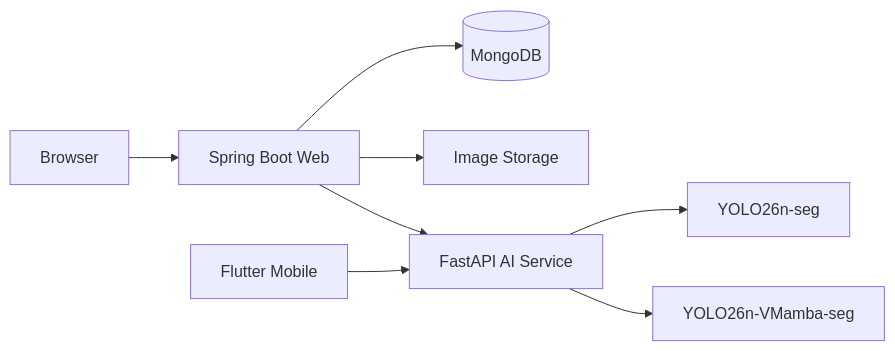
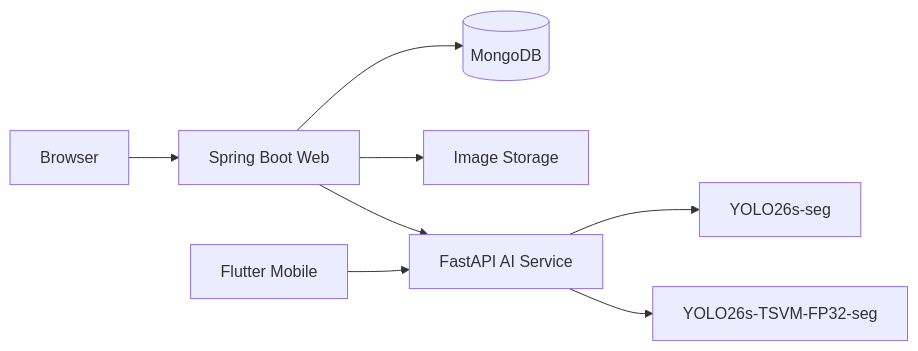
The diagram in README.md (Okeydokey8525/UngDung_Poylp), drawn with Mermaid before and after one commit. The commit also changed other lines of this file and 65 other files, not shown here.

````diff
--- a/README.md
+++ b/README.md
@@ -22,10 +22,10 @@
 ```mermaid
 flowchart LR
     Browser["Browser"] --> Web["Spring Boot Web"]
     Web --> Mongo[("MongoDB")]
     Web --> Storage["Image Storage"]
     Web --> AI["FastAPI AI Service"]
     Flutter["Flutter Mobile"] --> AI
-    AI --> Baseline["YOLO26n-seg"]
-    AI --> VMamba["YOLO26n-VMamba-seg"]
+    AI --> Baseline["YOLO26s-seg"]
+    AI --> VMamba["YOLO26s-TSVM-FP32-seg"]
 ```
````
